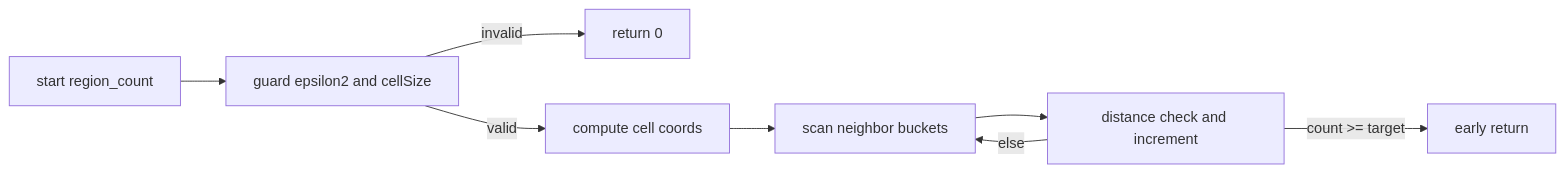
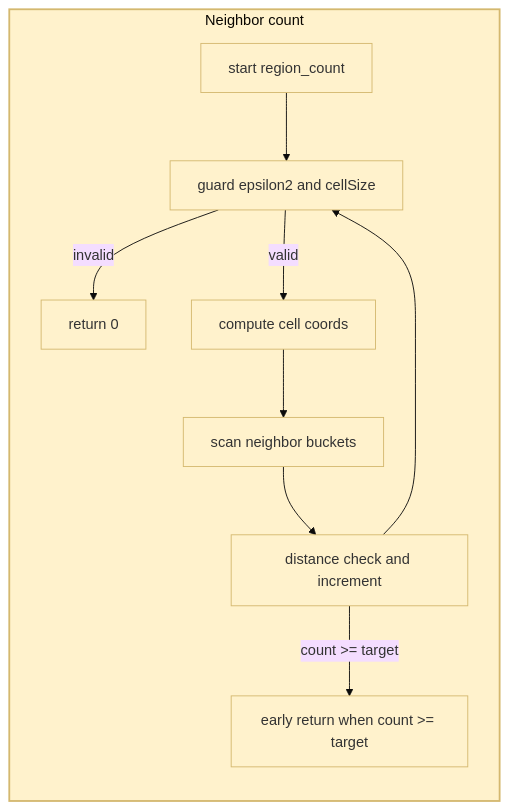
The eighth of 12 diagrams in docs/ai/dbscan.md (Gh0st352/AETHR), drawn with Mermaid before and after one commit. The commit also changed other lines of this file and 2 other files, not shown here.

Commit message:
docs: enhance diagrams in README, data_structures, and dbscan with subgraphs, improved styles, and readability adjustments

````diff
--- a/docs/ai/dbscan.md
+++ b/docs/ai/dbscan.md
@@ -95,10 +164,20 @@
 ```mermaid
+%%{init: {"theme":"base"}}%%
 flowchart LR
-  RC0[start region_count] --> RC1[guard epsilon2 and cellSize]
-  RC1 -->|invalid| RC2[return 0]
-  RC1 -->|valid| RC3[compute cell coords]
-  RC3 --> RC4[scan neighbor buckets]
-  RC4 --> RC5[distance check and increment]
-  RC5 -->|count >= target| RC6[early return]
-  RC5 -->|else| RC4
+  subgraph RCOUNT [Neighbor count]
+    style RCOUNT fill:#fff2cc,stroke:#d4b86f,stroke-width:2px
+    RC0[start region_count]
+    RC1[guard epsilon2 and cellSize]
+    RC2[return 0]
+    RC3[compute cell coords]
+    RC4[scan neighbor buckets]
+    RC5[distance check and increment]
+    RC6[early return when count >= target]
+    RC0 --> RC1
+    RC1 -->|invalid| RC2
+    RC1 -->|valid| RC3 --> RC4 --> RC5 --> RC1
+    RC5 -->|count >= target| RC6
+  end
+  classDef rcount fill:#fff2cc,stroke:#d4b86f
+  class RC0,RC1,RC2,RC3,RC4,RC5,RC6 rcount
 ```
````
